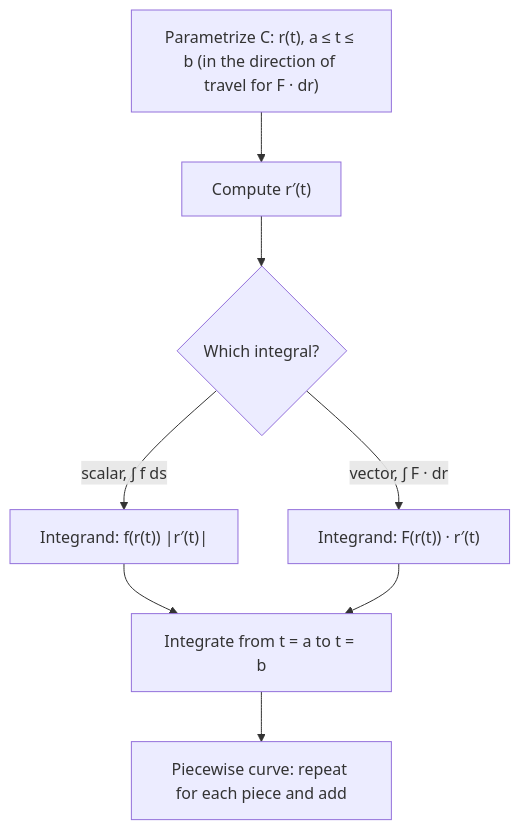
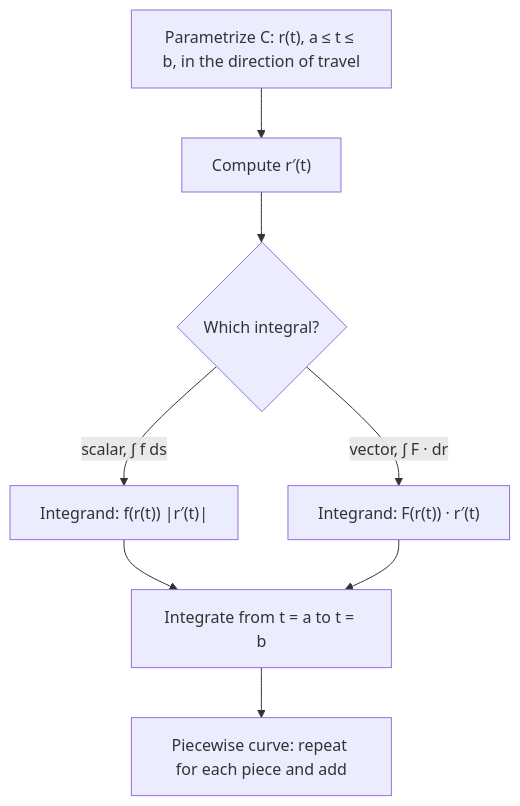
The diagram in content/math/multivariable/lessons/30-line-integrals.md (Aziliz/erudior), drawn with Mermaid before and after one commit. The commit also changed 77 other files, not shown here.

````diff
--- a/content/math/multivariable/lessons/30-line-integrals.md
+++ b/content/math/multivariable/lessons/30-line-integrals.md
@@ -109,12 +109,12 @@
 ```mermaid
 flowchart TD
   accTitle: Steps for evaluating a line integral
   accDescr: First parametrize the curve as r of t for t from a to b, in the direction of travel if it is a vector line integral. Then compute r prime of t. Then decide which kind of integral it is. For a scalar line integral of f ds, the integrand is f of r of t times the length of r prime of t. For a vector line integral of F dot dr, the integrand is F of r of t dotted with r prime of t. In both cases, integrate from t equals a to t equals b. For a piecewise curve, repeat for each piece and add.
-  A["Parametrize C: r(t), a ≤ t ≤ b (in the direction of travel for F · dr)"] --> B["Compute r′(t)"]
+  A["Parametrize C: r(t), a ≤ t ≤ b, in the direction of travel"] --> B["Compute r′(t)"]
   B --> K{"Which integral?"}
   K -- "scalar, ∫ f ds" --> S["Integrand: f(r(t)) |r′(t)|"]
   K -- "vector, ∫ F · dr" --> V["Integrand: F(r(t)) · r′(t)"]
   S --> I["Integrate from t = a to t = b"]
   V --> I
   I --> P["Piecewise curve: repeat for each piece and add"]
 ```
````
